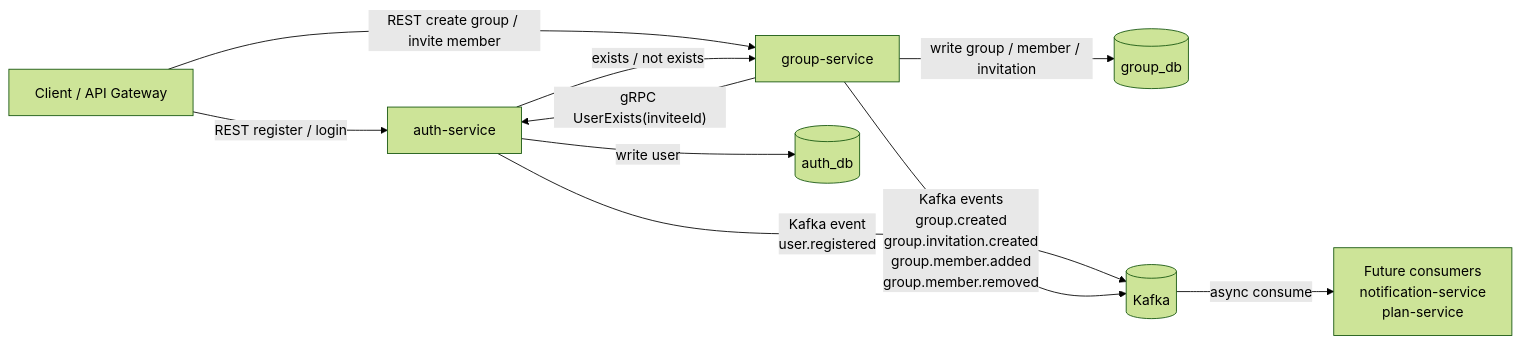
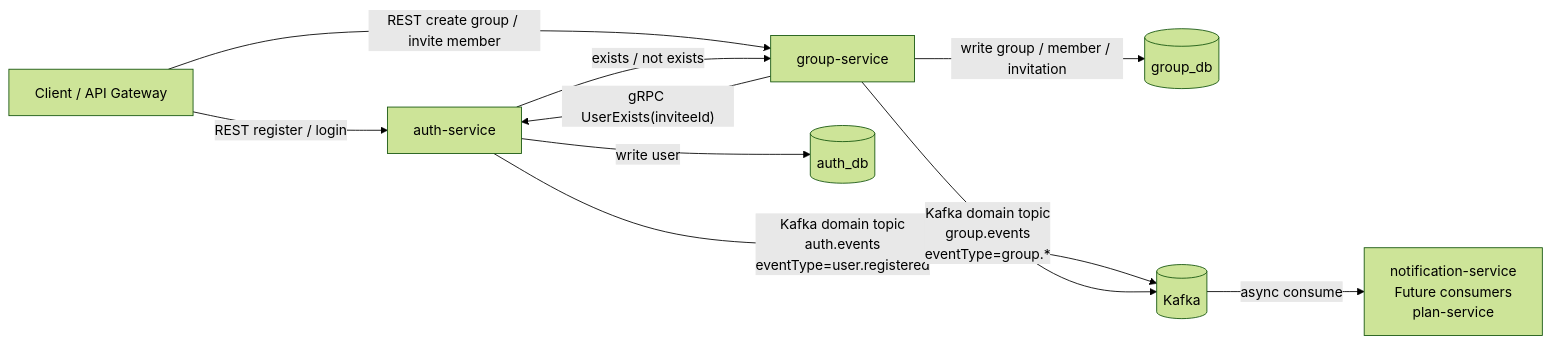
One commit to julynguyen247/starlyvia changed the diagram in docs/grpc-kafka-flow.md. Above: the diagram before and after it, drawn with Mermaid (forest theme). The commit also changed 67 other files, not shown here.

Commit message:
feat: add notification service and refactor kafka structure

````diff
--- a/docs/grpc-kafka-flow.md
+++ b/docs/grpc-kafka-flow.md
@@ -3,22 +3,22 @@
 ```mermaid
 flowchart LR
     Client[Client / API Gateway]
     Auth[auth-service]
     Group[group-service]
     AuthDb[(auth_db)]
     GroupDb[(group_db)]
     Kafka[(Kafka)]
-    Consumers[Future consumers<br/>notification-service<br/>plan-service]
+    Consumers[notification-service<br/>Future consumers<br/>plan-service]
 
     Client -- REST register / login --> Auth
     Auth -- write user --> AuthDb
-    Auth -- Kafka event<br/>user.registered --> Kafka
+    Auth -- Kafka domain topic<br/>auth.events<br/>eventType=user.registered --> Kafka
 
     Client -- REST create group / invite member --> Group
     Group -- gRPC UserExists(inviteeId) --> Auth
     Auth -- exists / not exists --> Group
     Group -- write group / member / invitation --> GroupDb
-    Group -- Kafka events<br/>group.created<br/>group.invitation.created<br/>group.member.added<br/>group.member.removed --> Kafka
+    Group -- Kafka domain topic<br/>group.events<br/>eventType=group.* --> Kafka
 
     Kafka -- async consume --> Consumers
 ```
````
